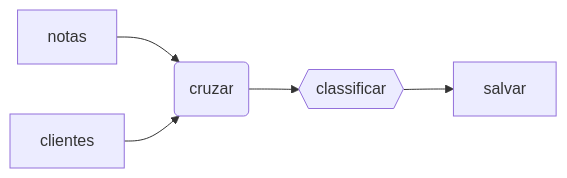
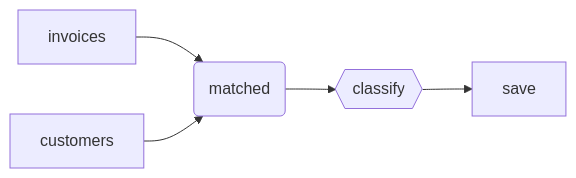
Before and after one commit to arimayuji/agentl: the diagram in docs/cli.md, drawn with Mermaid. The commit also changed 52 other files, not shown here.

````diff
--- a/docs/cli.md
+++ b/docs/cli.md
@@ -42,7 +42,7 @@
 ```mermaid
 flowchart LR
-  notas["notas"] --> cruzar("cruzar")
-  clientes["clientes"] --> cruzar
-  cruzar --> classificar{{"classificar"}}
-  classificar --> salvar["salvar"]
+  invoices["invoices"] --> matched("matched")
+  customers["customers"] --> matched
+  matched --> classify{{"classify"}}
+  classify --> save["save"]
 ```
````
